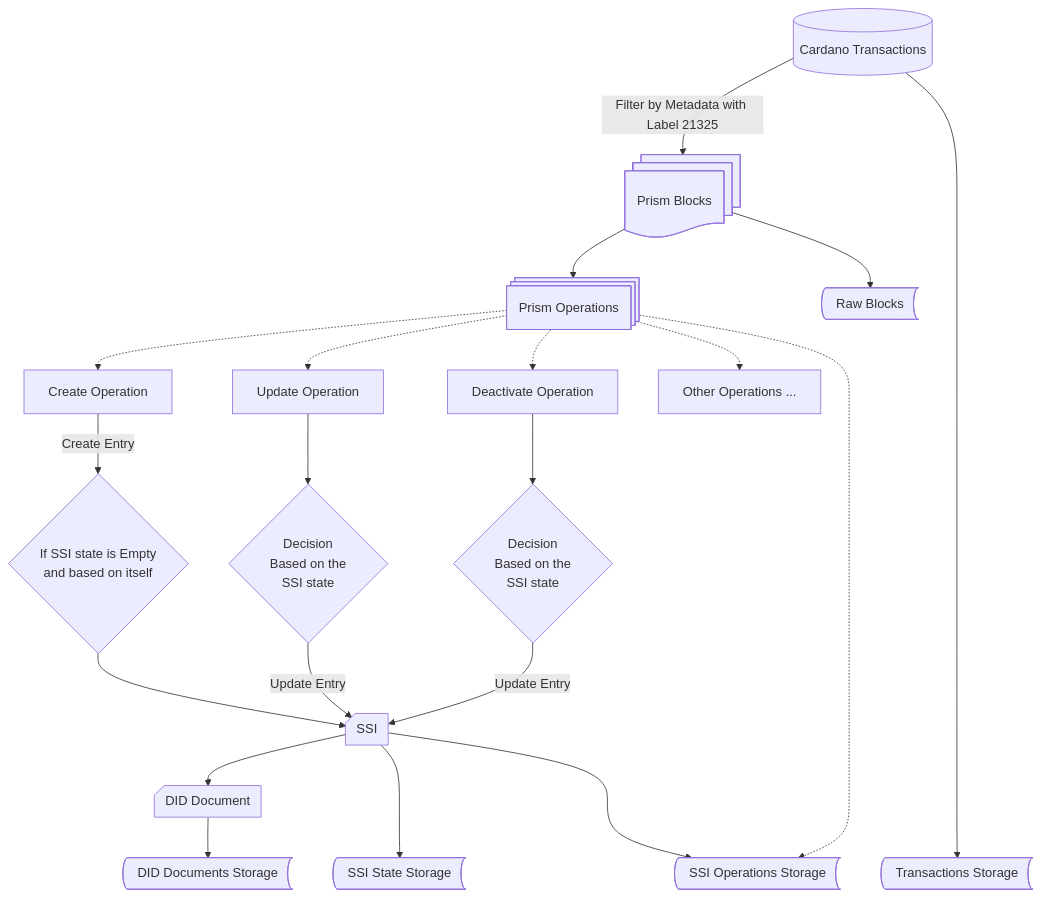
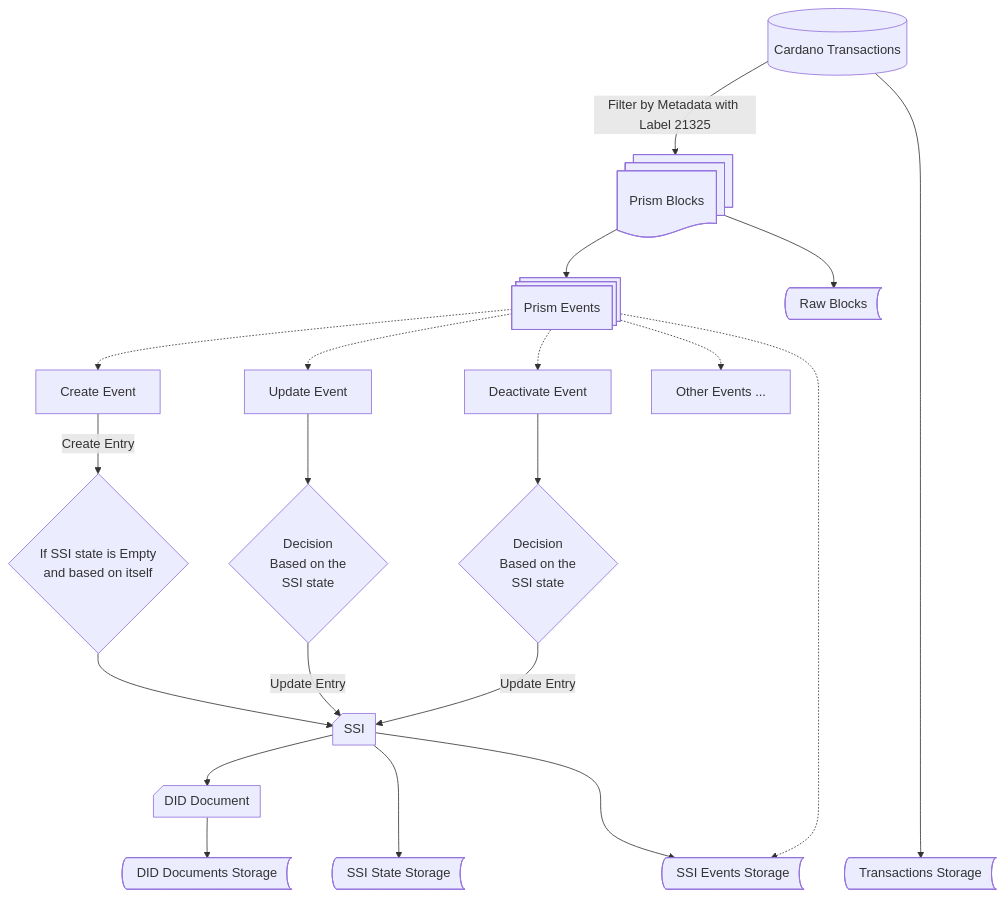
Before and after one commit to FabioPinheiro/scala-did: the diagram in did-method-prism/prism_vdr_indexer.md, drawn with Mermaid. The commit also changed 42 other files, not shown here.

Commit message:
did-method-prism: rename operation to event (code)

````diff
--- a/did-method-prism/prism_vdr_indexer.md
+++ b/did-method-prism/prism_vdr_indexer.md
@@ -8,50 +8,50 @@
 ```mermaid
 flowchart TD
   Cardano@{ shape: cyl, label: "Cardano Transactions" }
   Blocks@{ shape: docs, label: "Prism Blocks" }
-  Operations@{ shape: processes, label: "Prism Operations" }
+  Events@{ shape: processes, label: "Prism Events" }
 
-  OpCreate@{ shape: rect, label: "Create Operation" }
-  OpUpdate@{ shape: rect, label: "Update Operation" }
-  OpDeactivate@{ shape: rect, label: "Deactivate Operation" }
-  OpOther@{ shape: rect, label: "Other Operations ..." }
+  OpCreate@{ shape: rect, label: "Create Event" }
+  OpUpdate@{ shape: rect, label: "Update Event" }
+  OpDeactivate@{ shape: rect, label: "Deactivate Event" }
+  OpOther@{ shape: rect, label: "Other Events ..." }
 
   OpCreateD@{ shape: diamond, label: "If SSI state is Empty\n and based on itself" }
   OpUpdateD@{ shape: diamond, label: "Decision\n Based on the\n SSI state" }
   OpDeactivateD@{ shape: diamond, label: "Decision\n Based on the\n SSI state"}
 
 
   SSI@{ shape: notch-rect, label: "SSI" }
   DID@{ shape: notch-rect, label: "DID Document" }
 
-  SSI_Op@{ shape: bow-rect, label: "SSI Operations Storage" }
+  SSI_Op@{ shape: bow-rect, label: "SSI Events Storage" }
   SSI_State@{ shape: bow-rect, label: "SSI State Storage" }
   DID_DB@{ shape: bow-rect, label: "DID Documents Storage" }
   Transactions@{ shape: bow-rect, label: "Transactions Storage" }
   RawBlocks@{ shape: bow-rect, label: "Raw Blocks" }
   
 
   Cardano --Filter by Metadata with Label 21325--> Blocks
-  Blocks --> Operations
+  Blocks --> Events
   Blocks --> RawBlocks
-  Operations -.-> OpCreate & OpUpdate & OpDeactivate & OpOther
+  Events -.-> OpCreate & OpUpdate & OpDeactivate & OpOther
 
   OpCreate --Create Entry--> OpCreateD
   OpCreateD --> SSI
 
   OpUpdate --> OpUpdateD
   OpUpdateD --Update Entry--> SSI
 
   OpDeactivate --> OpDeactivateD
   OpDeactivateD --Update Entry--> SSI
   
 
   SSI --> DID
   DID --> DID_DB
   SSI ---> SSI_State
   SSI ---> SSI_Op
-  Operations -.-> SSI_Op
+  Events -.-> SSI_Op
 
   Cardano --------> Transactions
 
 ```
````
